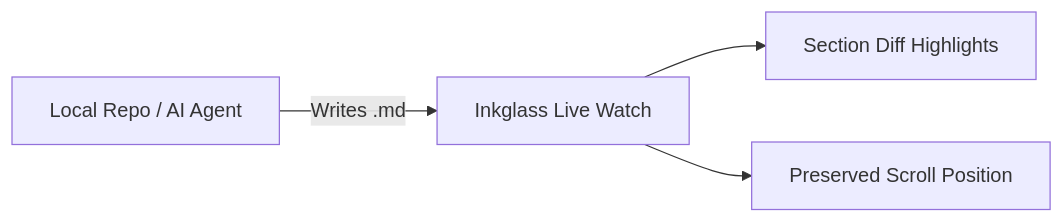
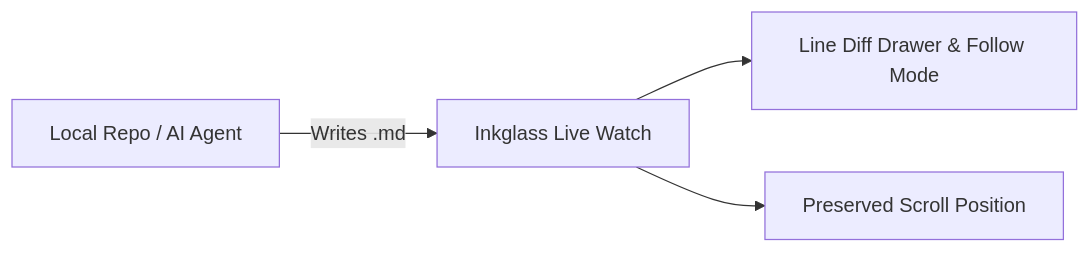
One commit to KennyMcSimpson/modu-reader changed the diagram in sample-document.md. Above: the diagram before and after it, drawn with Mermaid. The commit also changed other lines of this file and 20 other files, not shown here.

````diff
--- a/sample-document.md
+++ b/sample-document.md
@@ -36,6 +38,6 @@
 ```mermaid
 graph LR
   A[Local Repo / AI Agent] -->|Writes .md| B[Inkglass Live Watch]
-  B --> C[Section Diff Highlights]
+  B --> C[Line Diff Drawer & Follow Mode]
   B --> D[Preserved Scroll Position]
 ```
````
